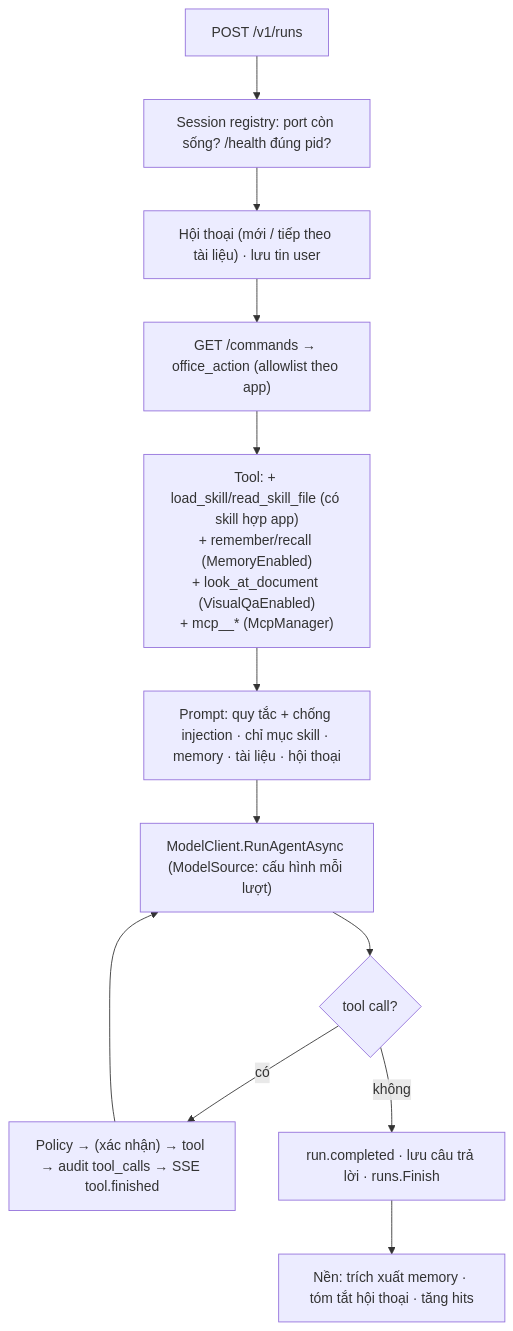
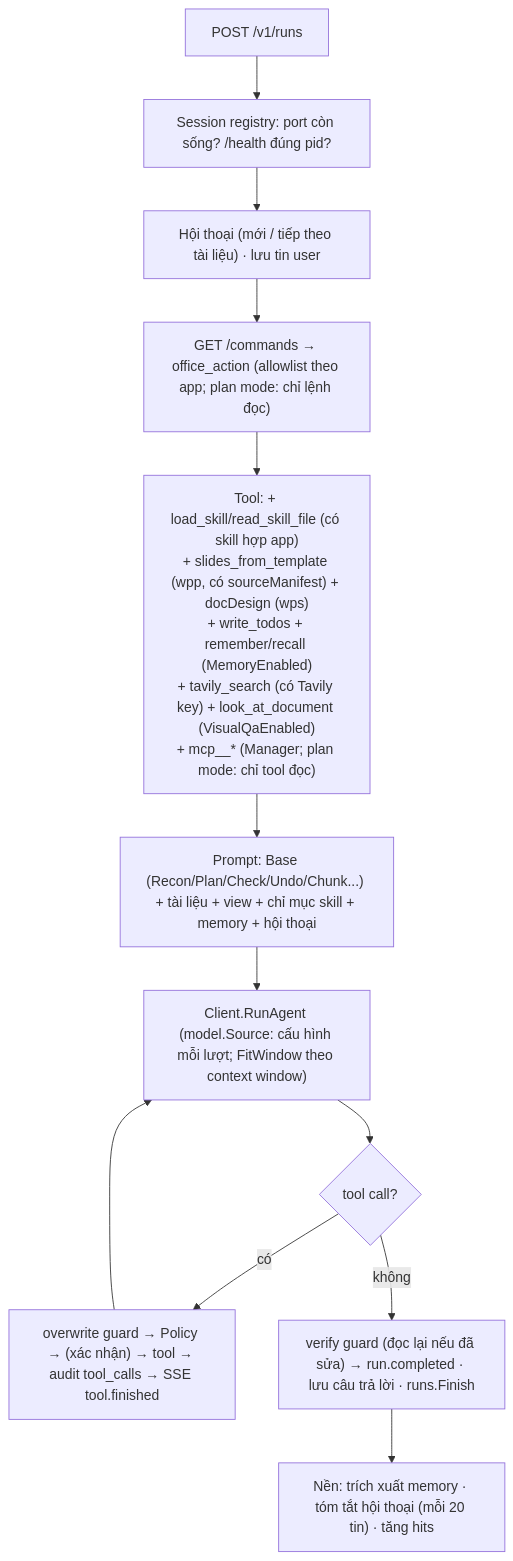
One commit to rgb-vgx/Axiom-Office changed diagram 19 of 20 in ARCHITECTURE.MD. Above: the diagram before and after it, drawn with Mermaid. The commit also changed other lines of this file, not shown here.

First line of the commit message:
Tài liệu: cập nhật ARCHITECTURE.MD theo Core Go, LibreOffice và WPS Linux

````diff
--- a/ARCHITECTURE.MD
+++ b/ARCHITECTURE.MD
@@ -1175,14 +1279,14 @@
 ```mermaid
 flowchart TD
     a["POST /v1/runs"] --> b["Session registry: port còn sống? /health đúng pid?"]
     b --> c["Hội thoại (mới / tiếp theo tài liệu) · lưu tin user"]
-    c --> d["GET /commands → office_action (allowlist theo app)"]
-    d --> e["Tool: + load_skill/read_skill_file (có skill hợp app)<br/>+ remember/recall (MemoryEnabled)<br/>+ look_at_document (VisualQaEnabled)<br/>+ mcp__* (McpManager)"]
-    e --> f["Prompt: quy tắc + chống injection · chỉ mục skill · memory · tài liệu · hội thoại"]
-    f --> g["ModelClient.RunAgentAsync (ModelSource: cấu hình mỗi lượt)"]
+    c --> d["GET /commands → office_action (allowlist theo app; plan mode: chỉ lệnh đọc)"]
+    d --> e["Tool: + load_skill/read_skill_file (có skill hợp app)<br/>+ slides_from_template (wpp, có sourceManifest) + docDesign (wps)<br/>+ write_todos + remember/recall (MemoryEnabled)<br/>+ tavily_search (có Tavily key) + look_at_document (VisualQaEnabled)<br/>+ mcp__* (Manager; plan mode: chỉ tool đọc)"]
+    e --> f["Prompt: Base (Recon/Plan/Check/Undo/Chunk...) + tài liệu + view + chỉ mục skill + memory + hội thoại"]
+    f --> g["Client.RunAgent (model.Source: cấu hình mỗi lượt; FitWindow theo context window)"]
     g --> h{"tool call?"}
-    h -->|"có"| i["Policy → (xác nhận) → tool → audit tool_calls → SSE tool.finished"]
+    h -->|"có"| i["overwrite guard → Policy → (xác nhận) → tool → audit tool_calls → SSE tool.finished"]
     i --> g
-    h -->|"không"| j["run.completed · lưu câu trả lời · runs.Finish"]
-    j --> k["Nền: trích xuất memory · tóm tắt hội thoại · tăng hits"]
+    h -->|"không"| j["verify guard (đọc lại nếu đã sửa) → run.completed · lưu câu trả lời · runs.Finish"]
+    j --> k["Nền: trích xuất memory · tóm tắt hội thoại (mỗi 20 tin) · tăng hits"]
 ```
````
